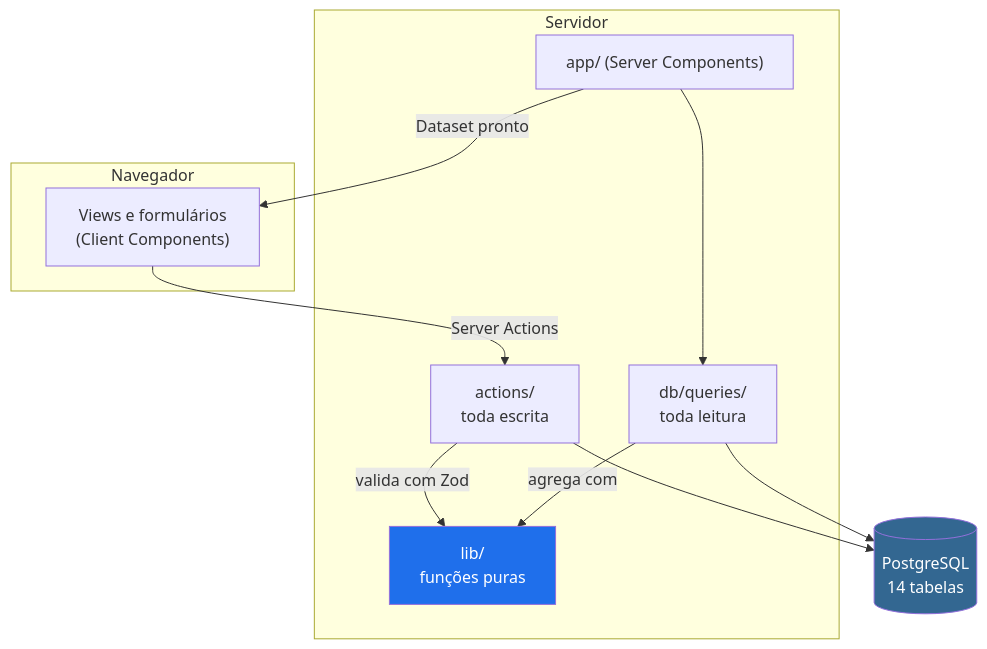
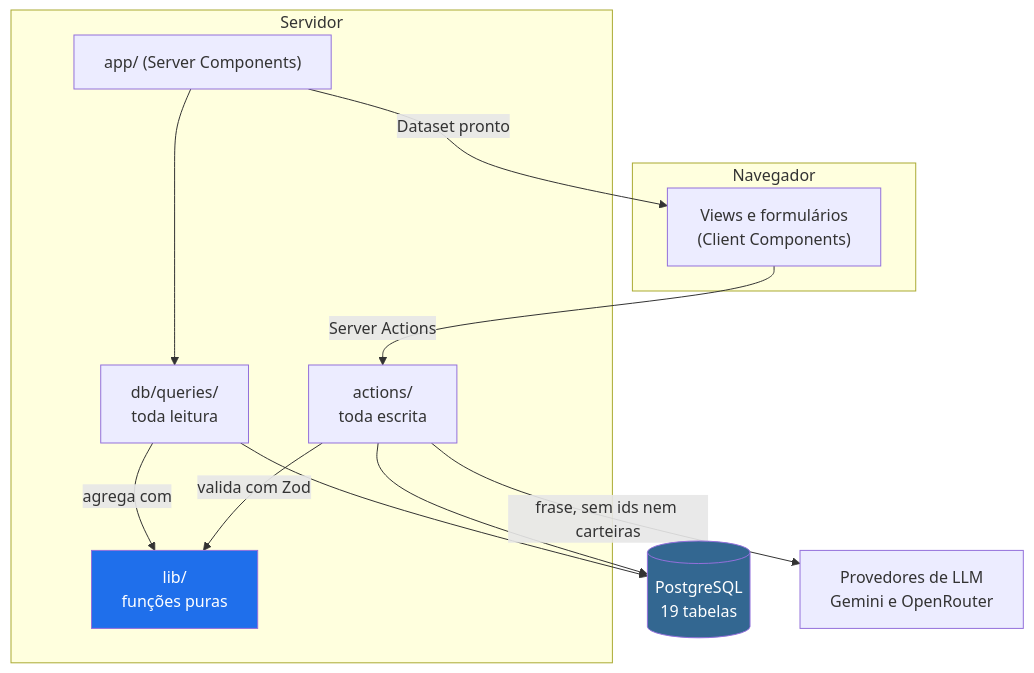
The second of 3 diagrams in README.md (arturnery/airdrop-tracker), drawn with Mermaid before and after one commit. The commit also changed other lines of this file and 3 other files, not shown here.

First line of the commit message:
Documenta a integração com LLM no README e no ARCHITECTURE (§18)

````diff
--- a/README.md
+++ b/README.md
@@ -155,26 +181,28 @@
 ```mermaid
 flowchart TB
     subgraph cliente["Navegador"]
         V["Views e formulários<br/>(Client Components)"]
     end
 
     subgraph servidor["Servidor"]
         P["app/ (Server Components)"]
         A["actions/<br/>toda escrita"]
         Q["db/queries/<br/>toda leitura"]
         L["lib/<br/>funções puras"]
     end
 
-    DB[("PostgreSQL<br/>14 tabelas")]
+    DB[("PostgreSQL<br/>19 tabelas")]
+    IA["Provedores de LLM<br/>Gemini e OpenRouter"]
 
     P -->|Dataset pronto| V
     V -->|Server Actions| A
     P --> Q
     A -->|valida com Zod| L
     Q -->|agrega com| L
     A --> DB
     Q --> DB
+    A -->|frase, sem ids nem carteiras| IA
 
     style L fill:#1f6feb,color:#fff
     style DB fill:#336791,color:#fff
 ```
````
